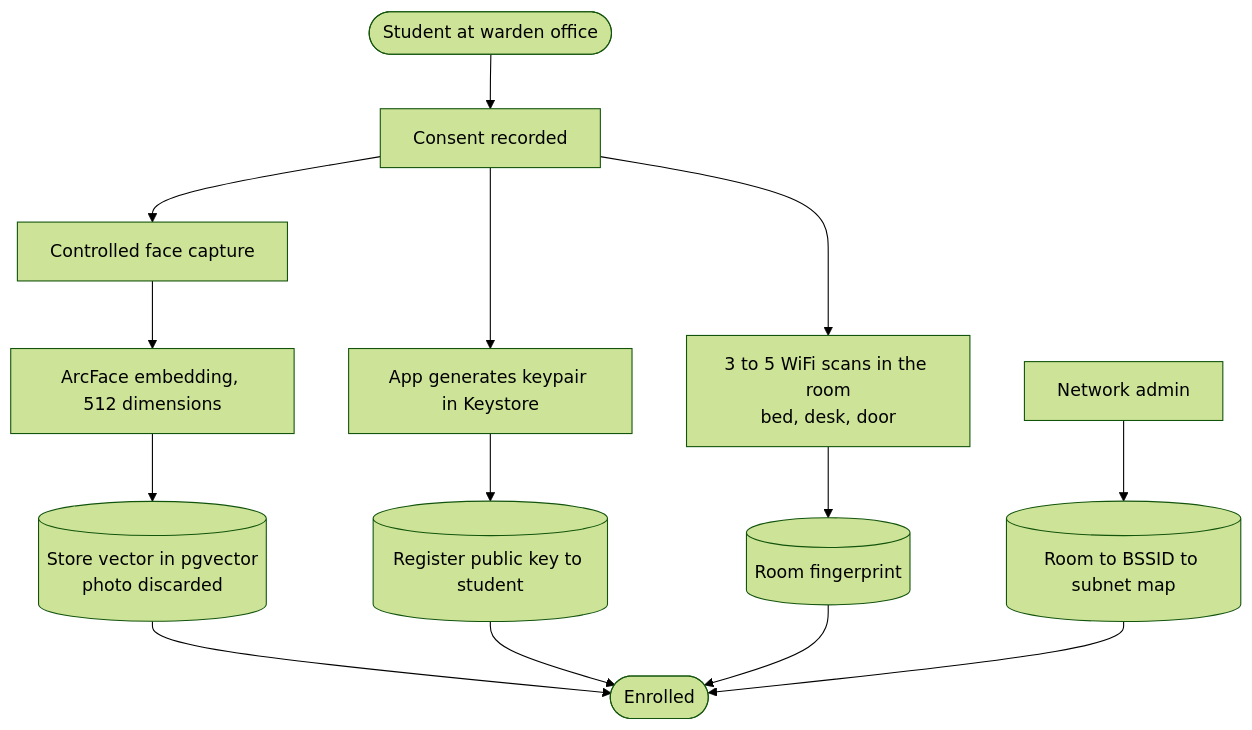
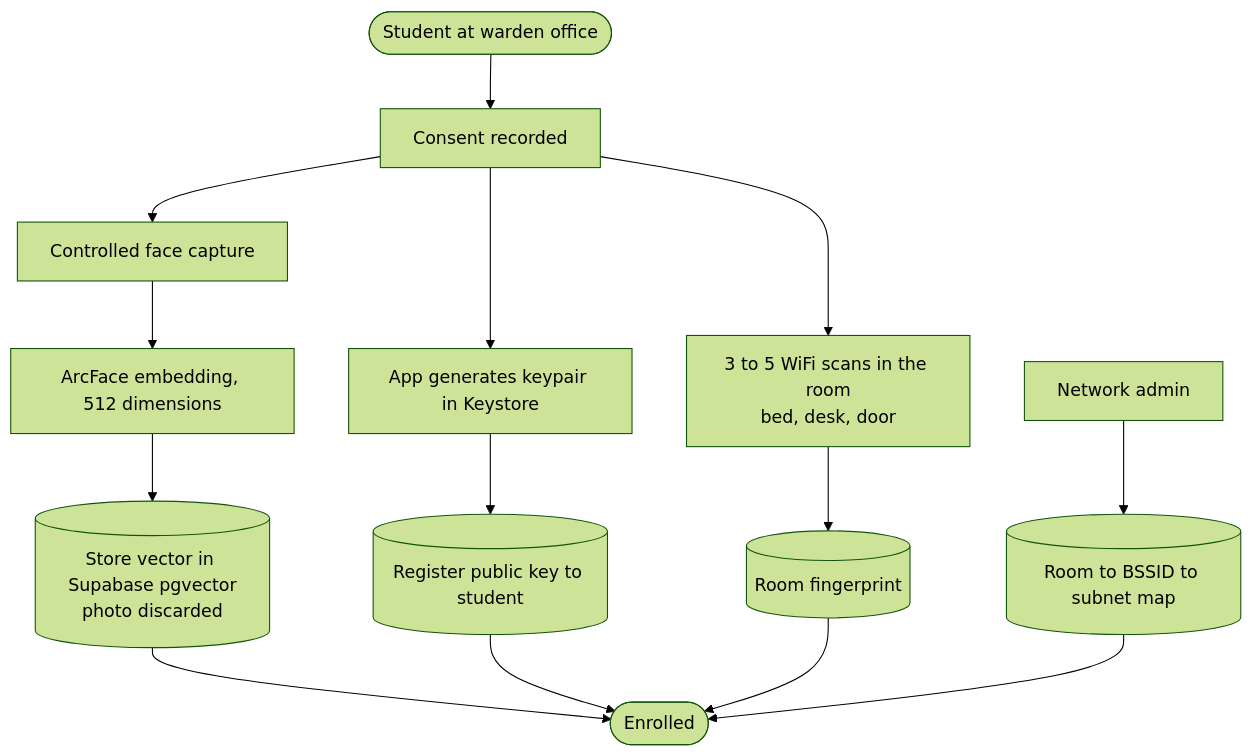
One commit to Rahul-8283/NightRoll changed the seventh of 14 diagrams in README.md. Above: the diagram before and after it, drawn with Mermaid (forest theme). The commit also changed other lines of this file and 1 other file, not shown here.

Commit message:
docs: move database, auth and storage to Supabase

````diff
--- a/README.md
+++ b/README.md
@@ -314,16 +319,16 @@
 ```mermaid
 flowchart TD
     A(["Student at warden office"]) --> B["Consent recorded"]
     B --> C["Controlled face capture"]
     C --> D["ArcFace embedding, 512 dimensions"]
-    D --> E[("Store vector in pgvector<br/>photo discarded")]
+    D --> E[("Store vector in Supabase pgvector<br/>photo discarded")]
     B --> F["App generates keypair in Keystore"]
     F --> G[("Register public key to student")]
     B --> H["3 to 5 WiFi scans in the room<br/>bed, desk, door"]
     H --> I[("Room fingerprint")]
     J["Network admin"] --> K[("Room to BSSID to subnet map")]
     E --> L(["Enrolled"])
     G --> L
     I --> L
     K --> L
 ```
````
